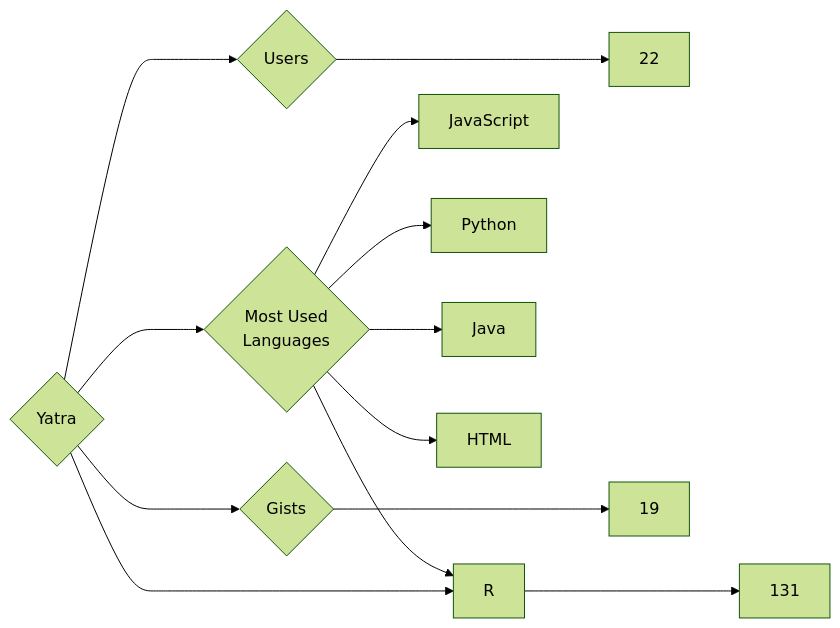
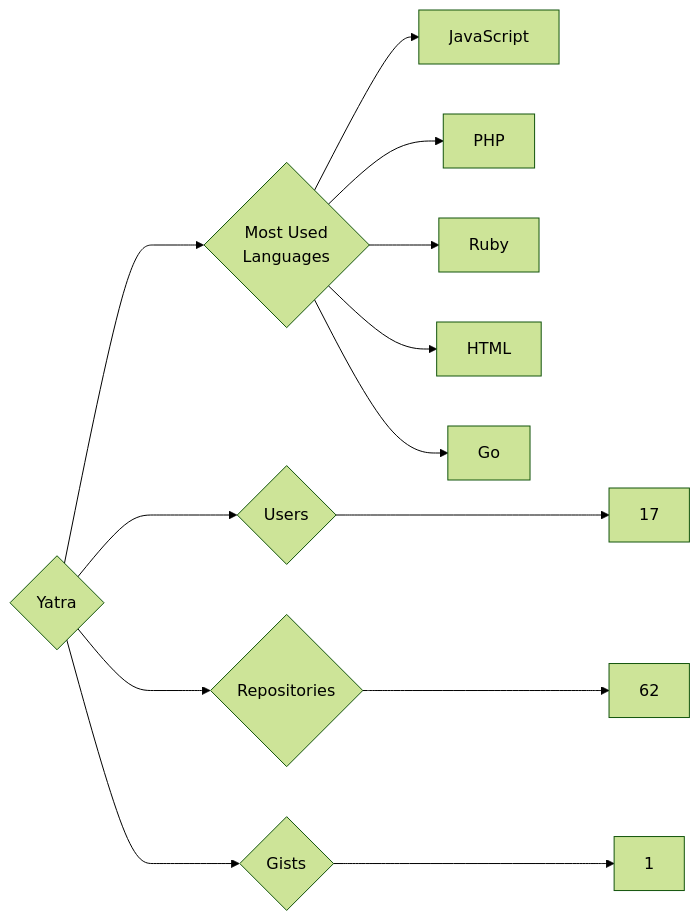
One commit to trickest/insiders changed the diagram in targets/Yatra/README.md. Above: the diagram before and after it, drawn with Mermaid (forest theme). The commit also changed 940 other files, not shown here.

````diff
--- a/targets/Yatra/README.md
+++ b/targets/Yatra/README.md
@@ -3,13 +3,13 @@
 ```mermaid
 graph LR
 COMPANY_NAME{Yatra}
-COMPANY_NAME ---> U{Users} ---> UN[22]
-COMPANY_NAME ---> R{Repositories} ---> RN[131]
-COMPANY_NAME ---> G{Gists} ---> GN[19]
+COMPANY_NAME ---> U{Users} ---> UN[17]
+COMPANY_NAME ---> R{Repositories} ---> RN[62]
+COMPANY_NAME ---> G{Gists} ---> GN[1]
 COMPANY_NAME ---> ML{Most Used<br>Languages}
 ML --> JavaScript[JavaScript]
-ML --> Python[Python]
-ML --> R[R]
-ML --> Java[Java]
+ML --> PHP[PHP]
+ML --> Ruby[Ruby]
 ML --> HTML[HTML]
+ML --> Go[Go]
 ```
````
